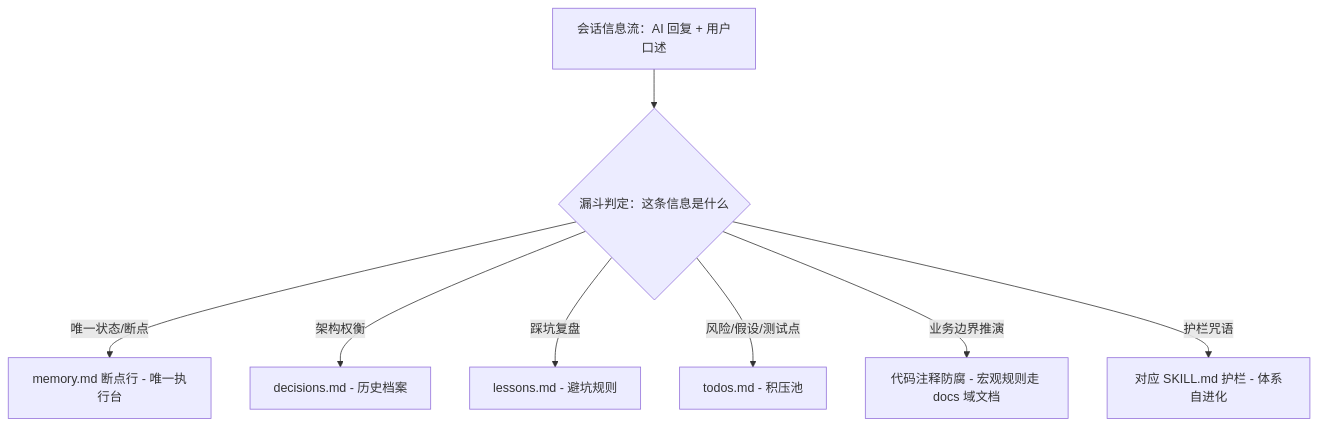
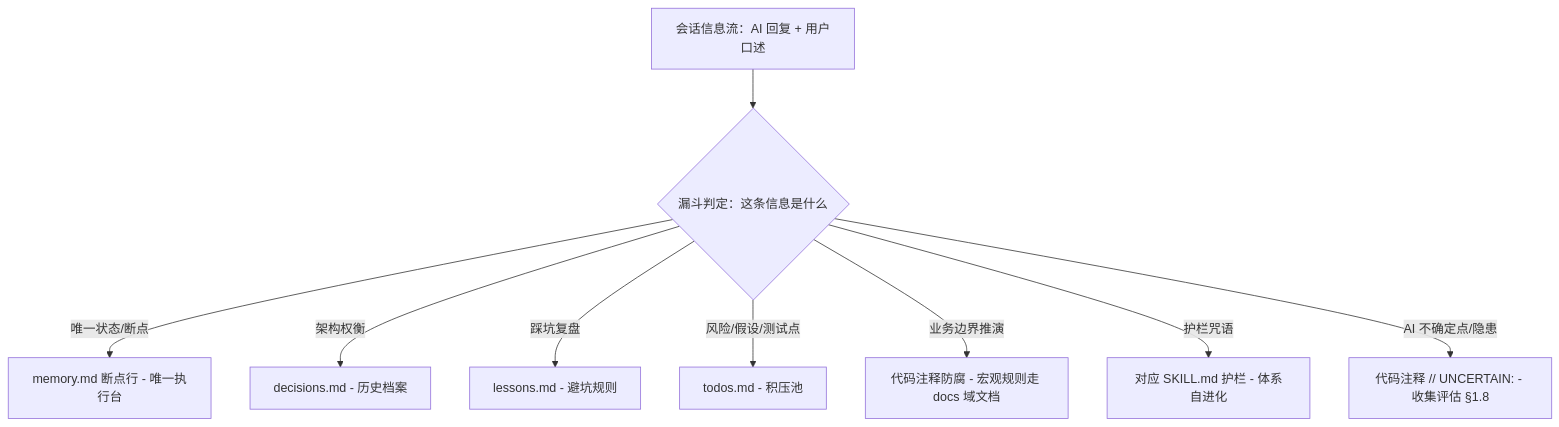
Before and after one commit to loveheng/skill-system: the second of 5 diagrams in README.md, drawn with Mermaid. The commit also changed other lines of this file, not shown here.

First line of the commit message:
docs: 新增 §1.8 不确定标记（UNCERTAIN 约定与收集评估机制）

````diff
--- a/README.md
+++ b/README.md
@@ -84,10 +85,11 @@
 ```mermaid
 flowchart TD
     A[会话信息流：AI 回复 + 用户口述] --> B{漏斗判定：这条信息是什么}
     B -->|唯一状态/断点| C1[memory.md 断点行 - 唯一执行台]
     B -->|架构权衡| C2[decisions.md - 历史档案]
     B -->|踩坑复盘| C3[lessons.md - 避坑规则]
     B -->|风险/假设/测试点| C4[todos.md - 积压池]
     B -->|业务边界推演| C5[代码注释防腐 - 宏观规则走 docs 域文档]
     B -->|护栏咒语| C6[对应 SKILL.md 护栏 - 体系自进化]
+    B -->|AI 不确定点/隐患| C7["代码注释 // UNCERTAIN: - 收集评估 §1.8"]
 ```
````
